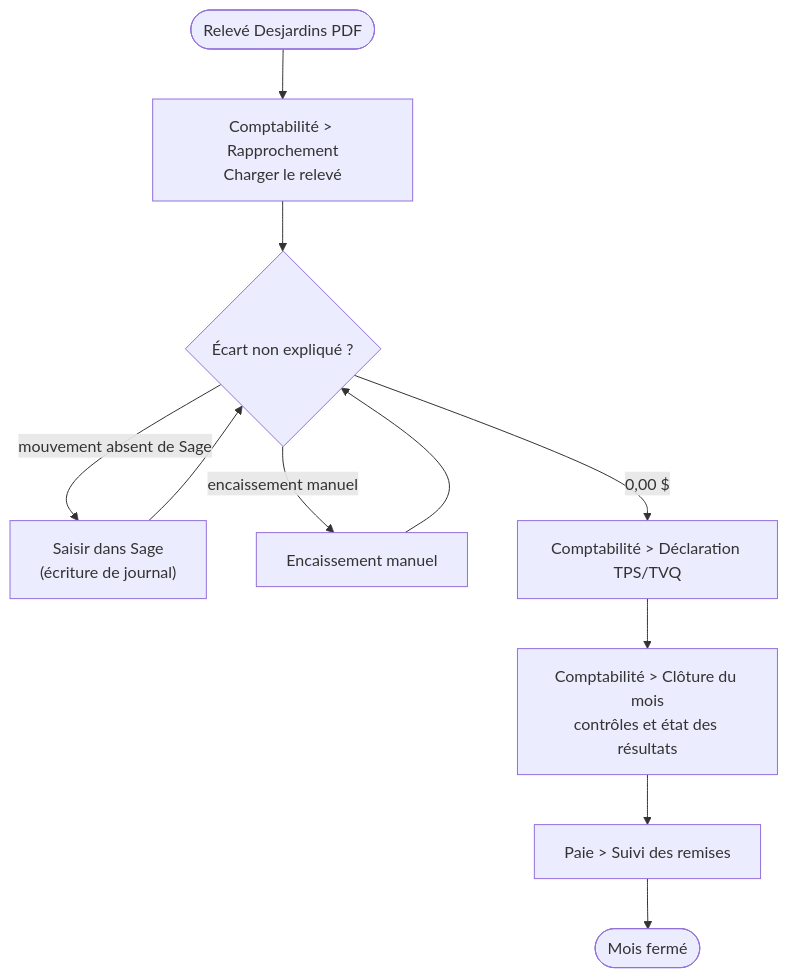
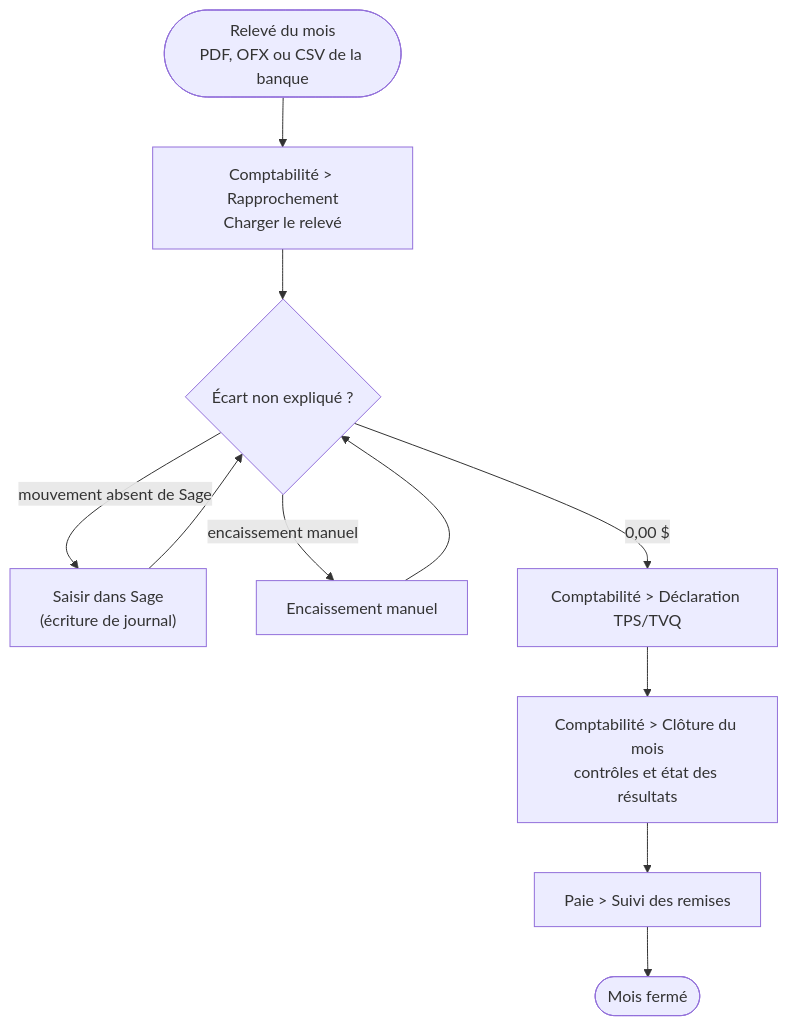
Before and after one commit to mteingueng-dot/MVOGMBI_Sync_2026.1: the fifth of 31 diagrams in documentation/WORKFLOWS.md, drawn with Mermaid. The commit also changed other lines of this file and 41 other files, not shown here.

````diff
--- a/documentation/WORKFLOWS.md
+++ b/documentation/WORKFLOWS.md
@@ -83,13 +83,13 @@
 ```mermaid
 flowchart TD
-    A([Relevé Desjardins PDF]) --> B["Comptabilité > Rapprochement<br/>Charger le relevé"]
+    A([Relevé du mois<br/>PDF, OFX ou CSV de la banque]) --> B["Comptabilité > Rapprochement<br/>Charger le relevé"]
     B --> C{"Écart non expliqué ?"}
     C -- "mouvement absent de Sage" --> D["Saisir dans Sage<br/>(écriture de journal)"]
     C -- "encaissement manuel" --> E["Encaissement manuel"]
     C -- "0,00 $" --> F["Comptabilité > Déclaration TPS/TVQ"]
     D --> C
     E --> C
     F --> G["Comptabilité > Clôture du mois<br/>contrôles et état des résultats"]
     G --> H["Paie > Suivi des remises"]
     H --> I([Mois fermé])
 ```
````
